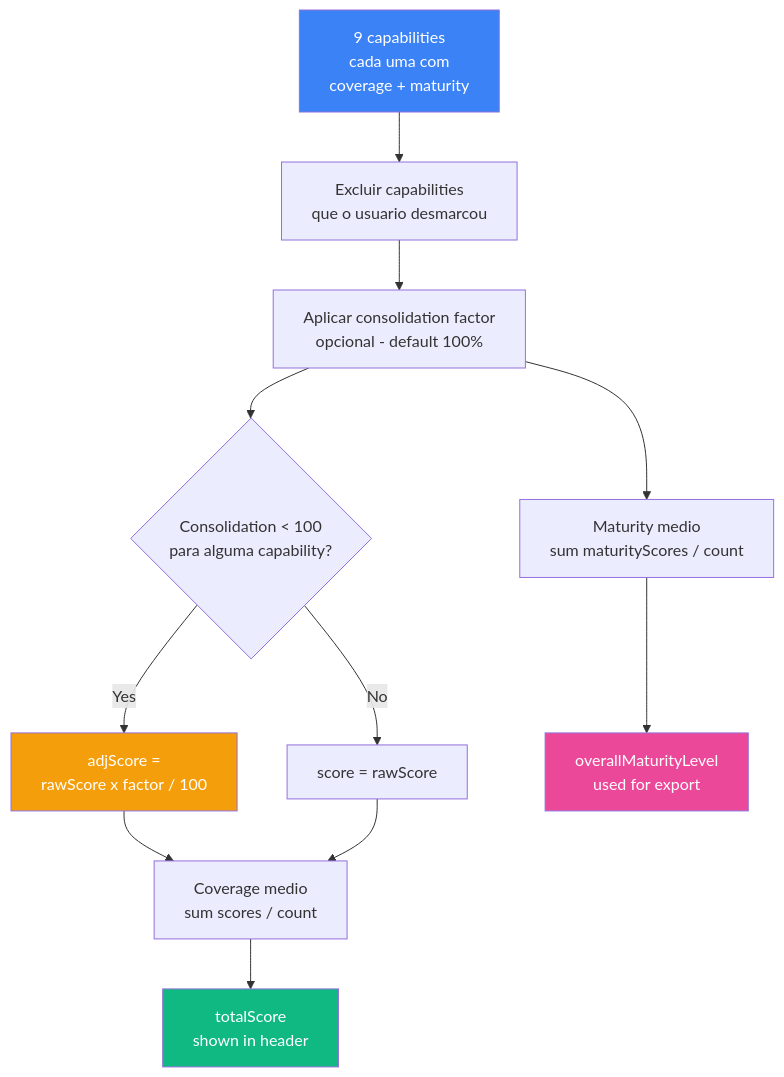
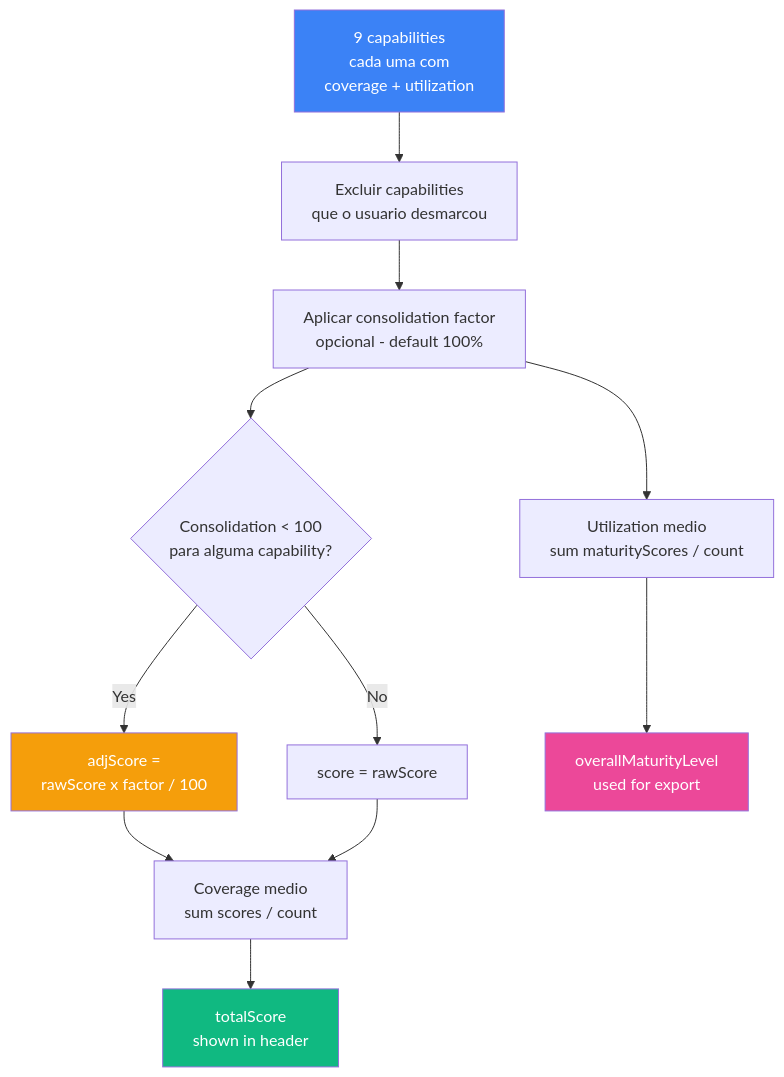
Diagram 12 of 14 in docs/SCORING-CALCULATIONS.md (mbdccoletta/Pulse-Assessment-App), drawn with Mermaid before and after one commit. The commit also changed other lines of this file and 11 other files, not shown here.

````diff
--- a/docs/SCORING-CALCULATIONS.md
+++ b/docs/SCORING-CALCULATIONS.md
@@ -374,24 +374,24 @@
 ```mermaid
 flowchart TD
-    A[9 capabilities<br/>cada uma com<br/>coverage + maturity] --> B[Excluir capabilities<br/>que o usuario desmarcou]
+    A[9 capabilities<br/>cada uma com<br/>coverage + utilization] --> B[Excluir capabilities<br/>que o usuario desmarcou]
 
     B --> C[Aplicar consolidation factor<br/>opcional - default 100%]
 
     C --> D{Consolidation < 100<br/>para alguma capability?}
 
     D -->|Yes| E[adjScore =<br/>rawScore x factor / 100]
     D -->|No| F[score = rawScore]
 
     E --> G[Coverage medio<br/>sum scores / count]
     F --> G
 
-    C --> H[Maturity medio<br/>sum maturityScores / count]
+    C --> H[Utilization medio<br/>sum maturityScores / count]
 
     G --> I[totalScore<br/>shown in header]
     H --> J[overallMaturityLevel<br/>used for export]
 
     style A fill:#3B82F6,color:#fff
     style E fill:#F59E0B,color:#fff
     style I fill:#10B981,color:#fff
     style J fill:#EC4899,color:#fff
 ```
````
